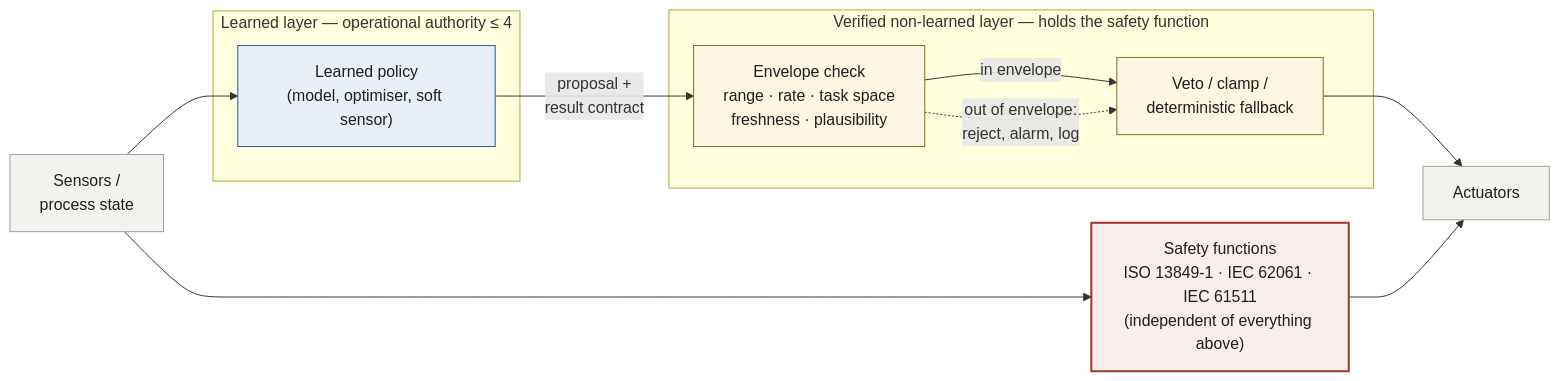
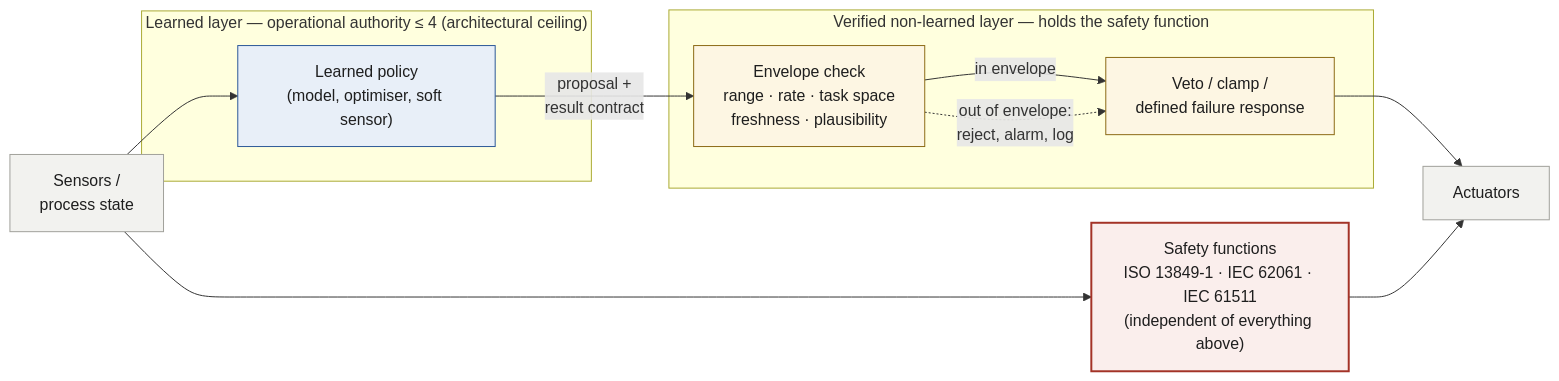
One commit to kyawminthu20/Control-System-Tools changed the third of 4 diagrams in docs/design/ai-integration/index.md. Above: the diagram before and after it, drawn with Mermaid. The commit also changed other lines of this file and 5 other files, not shown here.

```diff
--- a/docs/design/ai-integration/index.md
+++ b/docs/design/ai-integration/index.md
@@ -185,28 +190,28 @@
 <pre class="mermaid">
 flowchart LR
     S["Sensors /<br/>process state"]
-    subgraph LL["Learned layer — operational authority ≤ 4"]
+    subgraph LL["Learned layer — operational authority ≤ 4 (architectural ceiling)"]
       M["Learned policy<br/>(model, optimiser, soft sensor)"]
     end
     subgraph VL["Verified non-learned layer — holds the safety function"]
       ENV["Envelope check<br/>range · rate · task space<br/>freshness · plausibility"]
-      VETO["Veto / clamp /<br/>deterministic fallback"]
+      VETO["Veto / clamp /<br/>defined failure response"]
     end
     SIS["Safety functions<br/>ISO 13849-1 · IEC 62061 · IEC 61511<br/>(independent of everything above)"]
     ACT["Actuators"]
     S --> M
     M -->|"proposal +<br/>result contract"| ENV
     ENV -->|in envelope| VETO
     ENV -.->|"out of envelope:<br/>reject, alarm, log"| VETO
     VETO --> ACT
     S --> SIS
     SIS --> ACT
     classDef learned fill:#e8eff8,stroke:#2b5797,color:#1e1e1e
     classDef verified fill:#fdf6e3,stroke:#8b6914,color:#1e1e1e
     classDef safety fill:#faeeec,stroke:#a33327,color:#1e1e1e,stroke-width:2px
     classDef io fill:#f2f2ef,stroke:#a0a09a,color:#1e1e1e
     class M learned
     class ENV,VETO verified
     class SIS safety
     class S,ACT io
 </pre>
```
